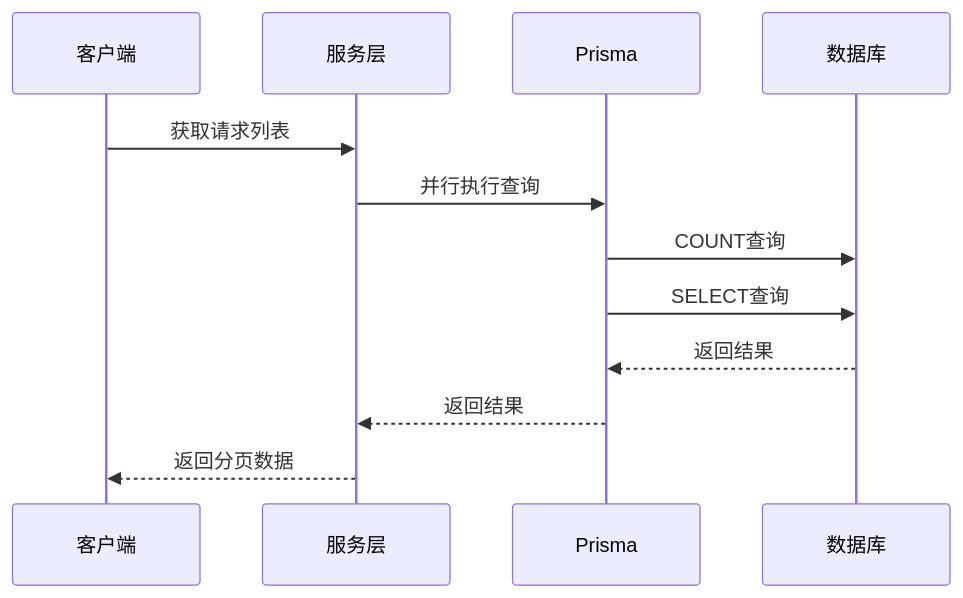
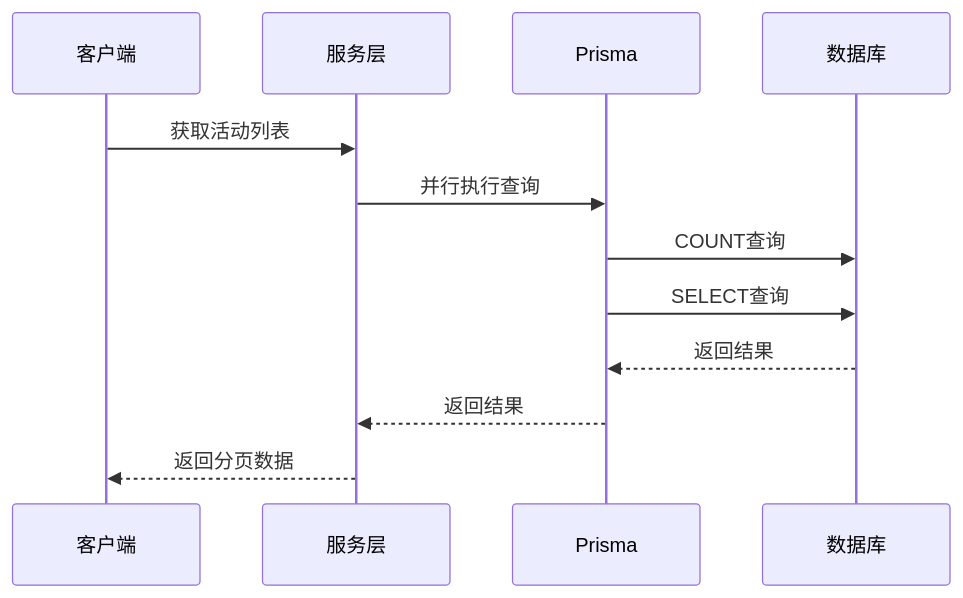
One commit to xianjianshenqu/SalesFlow-CRM changed the third of 11 diagrams in .qoder/repowiki/zh/content/Presales Controller.md. Above: the diagram before and after it, drawn with Mermaid. The commit also changed other lines of this file and 5 other files, not shown here.

````diff
--- a/.qoder/repowiki/zh/content/Presales Controller.md
+++ b/.qoder/repowiki/zh/content/Presales Controller.md
@@ -133,14 +179,14 @@
 ```mermaid
 sequenceDiagram
 participant C as 客户端
 participant S as 服务层
 participant P as Prisma
 participant D as 数据库
-C->>S : 获取请求列表
+C->>S : 获取活动列表
 S->>P : 并行执行查询
 P->>D : COUNT查询
 P->>D : SELECT查询
 D-->>P : 返回结果
 P-->>S : 返回结果
 S-->>C : 返回分页数据
 ```
````
